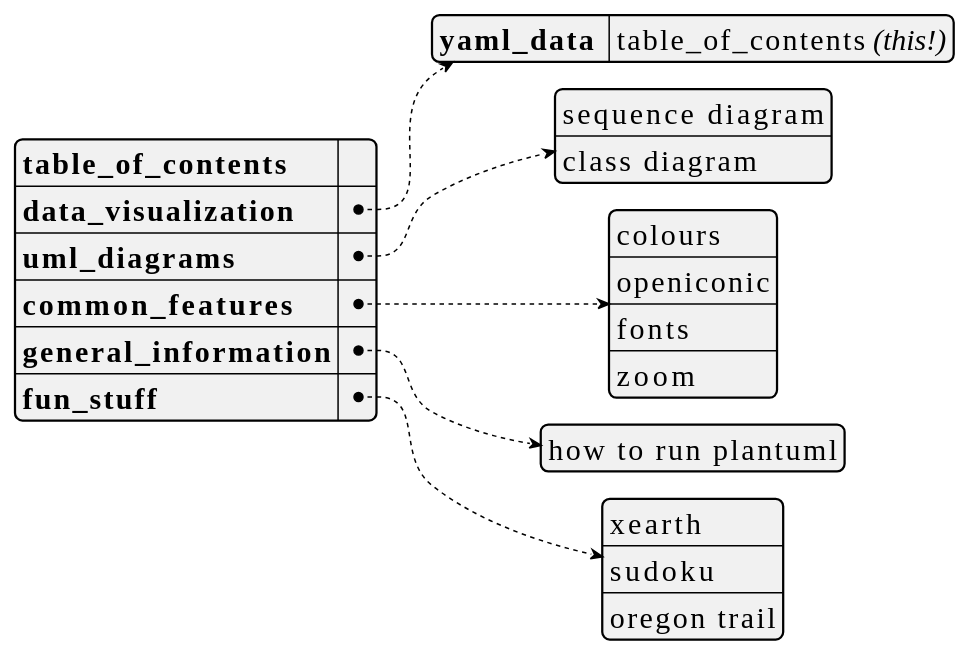
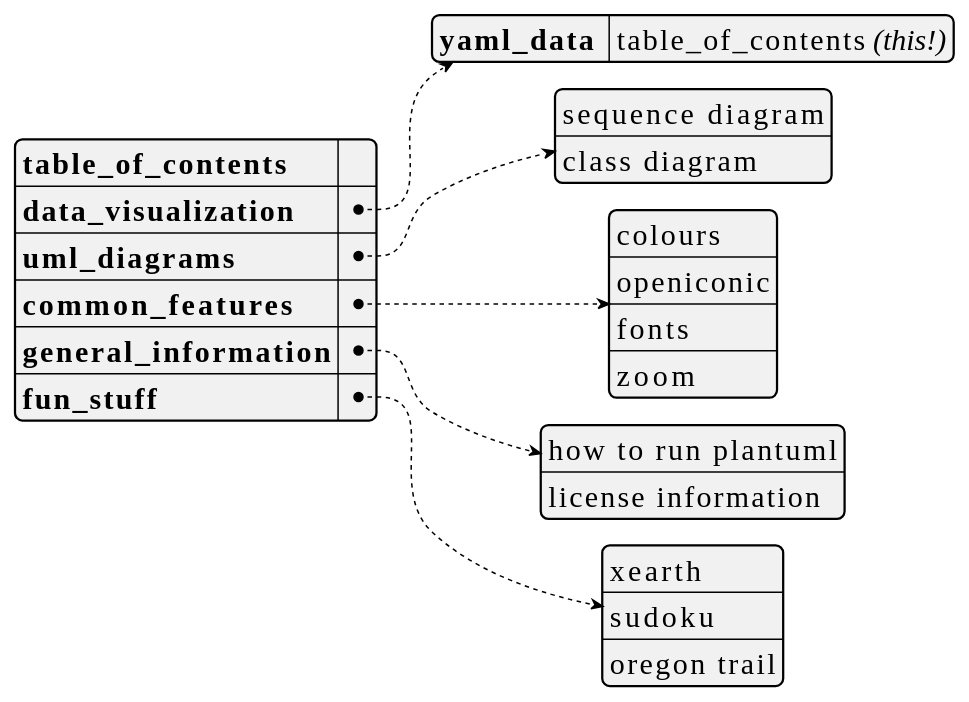
One commit to dragondive/heavens-arena changed the first of 18 diagrams in plantuml_demo.md. Above: the diagram before and after it, drawn with PlantUML. The commit also changed other lines of this file, not shown here.

Commit message:
added info: license information

````diff
--- a/plantuml_demo.md
+++ b/plantuml_demo.md
@@ -26,40 +26,41 @@
 ```plantuml
 @startyaml
 <style>
 yamlDiagram {
     node {
         ' use a constant width font because that's what developers do.
         FontName Consolas
         FontSize 20
     }
 }
 </style>
 
 /'TODO:
 It would be cool to hyperlink the entries in the table_of_contents to the
 respective section in the document. Not only would it further accentuate the
 [Medium Awareness](https://tvtropes.org/pmwiki/pmwiki.php/Main/MediumAwareness)
 of this yaml document, but also augment the
 [Anachronic Order](https://tvtropes.org/pmwiki/pmwiki.php/Main/AnachronicOrder)
 of the outer markdown document.
 '/
 
 **table_of_contents**: ""  /' workaround: empty string here to avoid dummy link '/
 data_visualization:
     yaml_data : table_of_contents //(this!)//
 uml_diagrams:
     - sequence diagram
     - class diagram
 common_features:
     - colours
     - openiconic
     - fonts
     - zoom
 general_information:
     - how to run plantuml
+    - license information
 fun_stuff:
     - xearth
     - sudoku
     - oregon trail
 @endyaml
 ```
````
